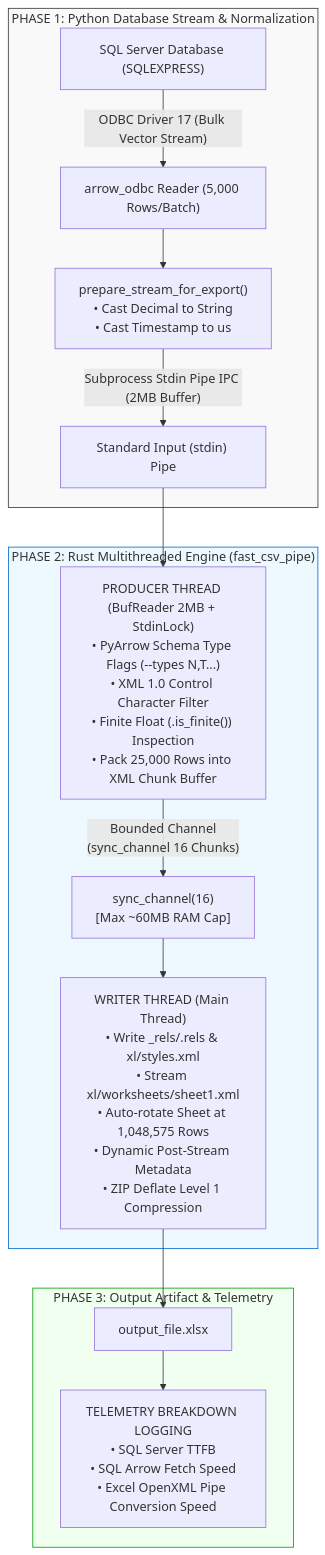
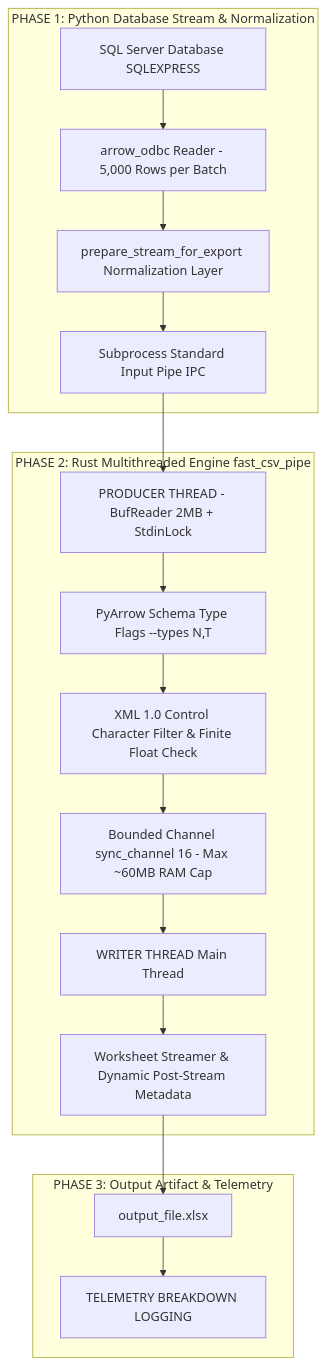
One commit to tomkhoailang/fast_csv changed the second of 2 diagrams in ARCHITECTURE.md. Above: the diagram before and after it, drawn with Mermaid. The commit also changed other lines of this file, not shown here.

Commit message:
Simplify Mermaid graph syntax for clean GitHub rendering

````diff
--- a/ARCHITECTURE.md
+++ b/ARCHITECTURE.md
@@ -49,23 +46,22 @@
 ```mermaid
-flowchart TD
-    subgraph Phase1["PHASE 1: Python Database Stream & Normalization"]
-        DB["SQL Server Database (SQLEXPRESS)"] -->|"ODBC Driver 17 (Bulk Vector Stream)"| ArrowODBC["arrow_odbc Reader (5,000 Rows/Batch)"]
-        ArrowODBC --> StreamNorm["prepare_stream_for_export()\n• Cast Decimal to String\n• Cast Timestamp to us"]
-        StreamNorm -->|"Subprocess Stdin Pipe IPC (2MB Buffer)"| PipeIPC["Standard Input (stdin) Pipe"]
+graph TD
+    subgraph P1["PHASE 1: Python Database Stream & Normalization"]
+        A1["SQL Server Database SQLEXPRESS"] --> B1["arrow_odbc Reader - 5,000 Rows per Batch"]
+        B1 --> C1["prepare_stream_for_export Normalization Layer"]
+        C1 --> D1["Subprocess Standard Input Pipe IPC"]
     end
 
-    subgraph Phase2["PHASE 2: Rust Multithreaded Engine (fast_csv_pipe)"]
-        PipeIPC --> Producer["PRODUCER THREAD (BufReader 2MB + StdinLock)\n• PyArrow Schema Type Flags (--types N,T...)\n• XML 1.0 Control Character Filter\n• Finite Float (.is_finite()) Inspection\n• Pack 25,000 Rows into XML Chunk Buffer"]
-        Producer -->|"Bounded Channel\n(sync_channel 16 Chunks)"| Channel["sync_channel(16)\n[Max ~60MB RAM Cap]"]
-        Channel --> Writer["WRITER THREAD (Main Thread)\n• Write _rels/.rels & xl/styles.xml\n• Stream xl/worksheets/sheet1.xml\n• Auto-rotate Sheet at 1,048,575 Rows\n• Dynamic Post-Stream Metadata\n• ZIP Deflate Level 1 Compression"]
+    subgraph P2["PHASE 2: Rust Multithreaded Engine fast_csv_pipe"]
+        D1 --> A2["PRODUCER THREAD - BufReader 2MB + StdinLock"]
+        A2 --> B2["PyArrow Schema Type Flags --types N,T"]
+        B2 --> C2["XML 1.0 Control Character Filter & Finite Float Check"]
+        C2 --> D2["Bounded Channel sync_channel 16 - Max ~60MB RAM Cap"]
+        D2 --> E2["WRITER THREAD Main Thread"]
+        E2 --> F2["Worksheet Streamer & Dynamic Post-Stream Metadata"]
     end
 
-    subgraph Phase3["PHASE 3: Output Artifact & Telemetry"]
-        Writer --> ExcelFile["output_file.xlsx"]
-        ExcelFile --> Telemetry["TELEMETRY BREAKDOWN LOGGING\n• SQL Server TTFB\n• SQL Arrow Fetch Speed\n• Excel OpenXML Pipe Conversion Speed"]
+    subgraph P3["PHASE 3: Output Artifact & Telemetry"]
+        F2 --> A3["output_file.xlsx"]
+        A3 --> B3["TELEMETRY BREAKDOWN LOGGING"]
     end
-
-    style Phase1 fill:#f9f9f9,stroke:#333,stroke-width:1px
-    style Phase2 fill:#eef9ff,stroke:#0066cc,stroke-width:1px
-    style Phase3 fill:#f0fff0,stroke:#009900,stroke-width:1px
 ```
````
